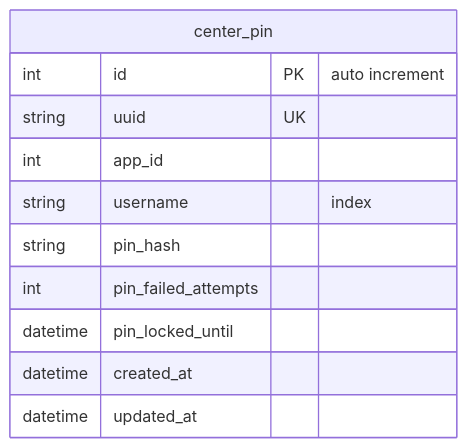
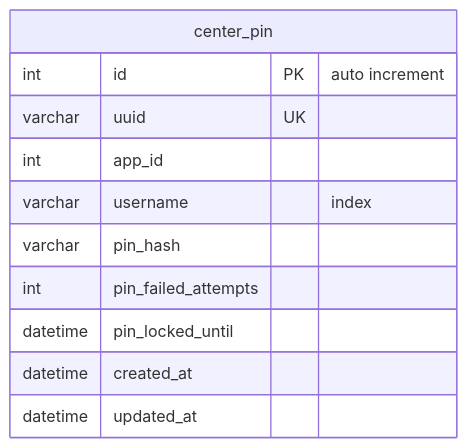
The diagram in docs/portal/erdiagram/pin.md (apisit110/pos-center), drawn with Mermaid before and after one commit. The commit also changed 4 other files, not shown here.

Commit message:
feat: update README and ER diagrams for merchant and staff management, and refine pin structure

````diff
--- a/docs/portal/erdiagram/pin.md
+++ b/docs/portal/erdiagram/pin.md
@@ -1,14 +1,14 @@
 ```mermaid
 erDiagram
-    center_pin {
-        int id PK "auto increment"
-        string uuid UK
-        int app_id
-        string username "index"
-        string pin_hash
-        int pin_failed_attempts
-        datetime pin_locked_until
-        datetime created_at
-        datetime updated_at
-    }
+  center_pin {
+    int id PK "auto increment"
+    varchar uuid UK
+    int app_id
+    varchar username "index"
+    varchar pin_hash
+    int pin_failed_attempts
+    datetime pin_locked_until
+    datetime created_at
+    datetime updated_at
+  }
 ```
````
